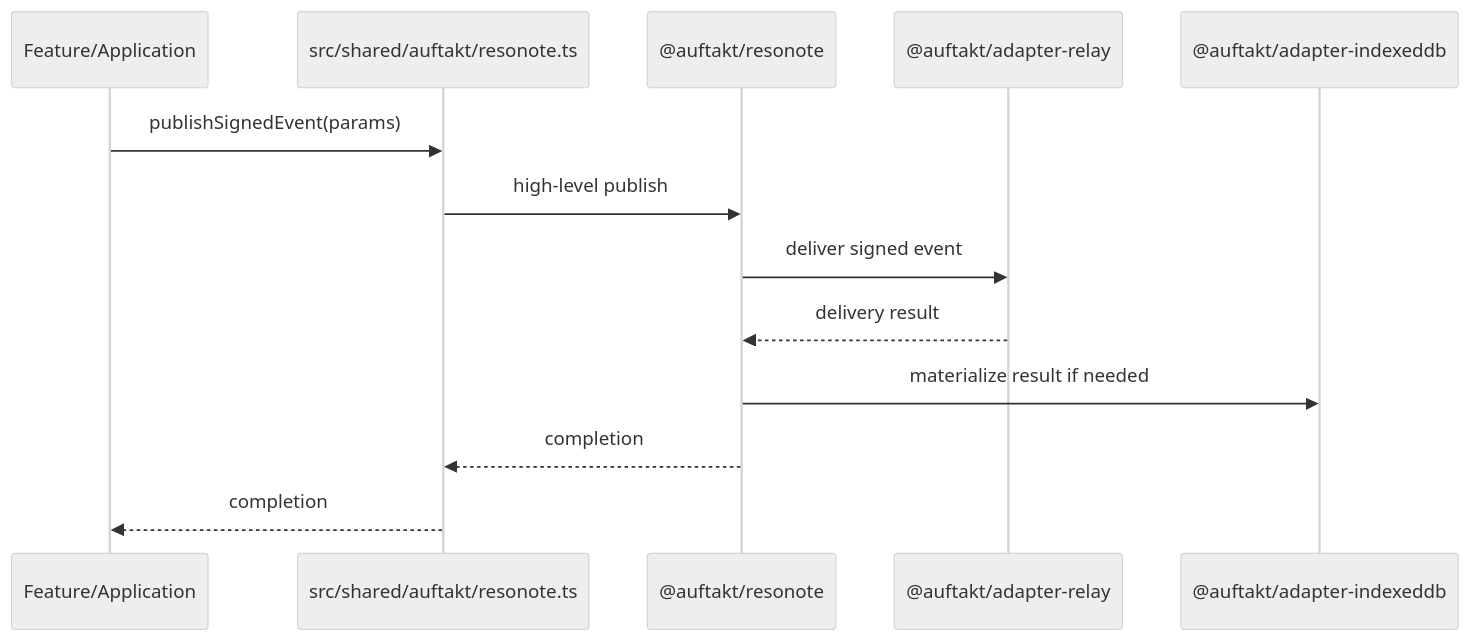
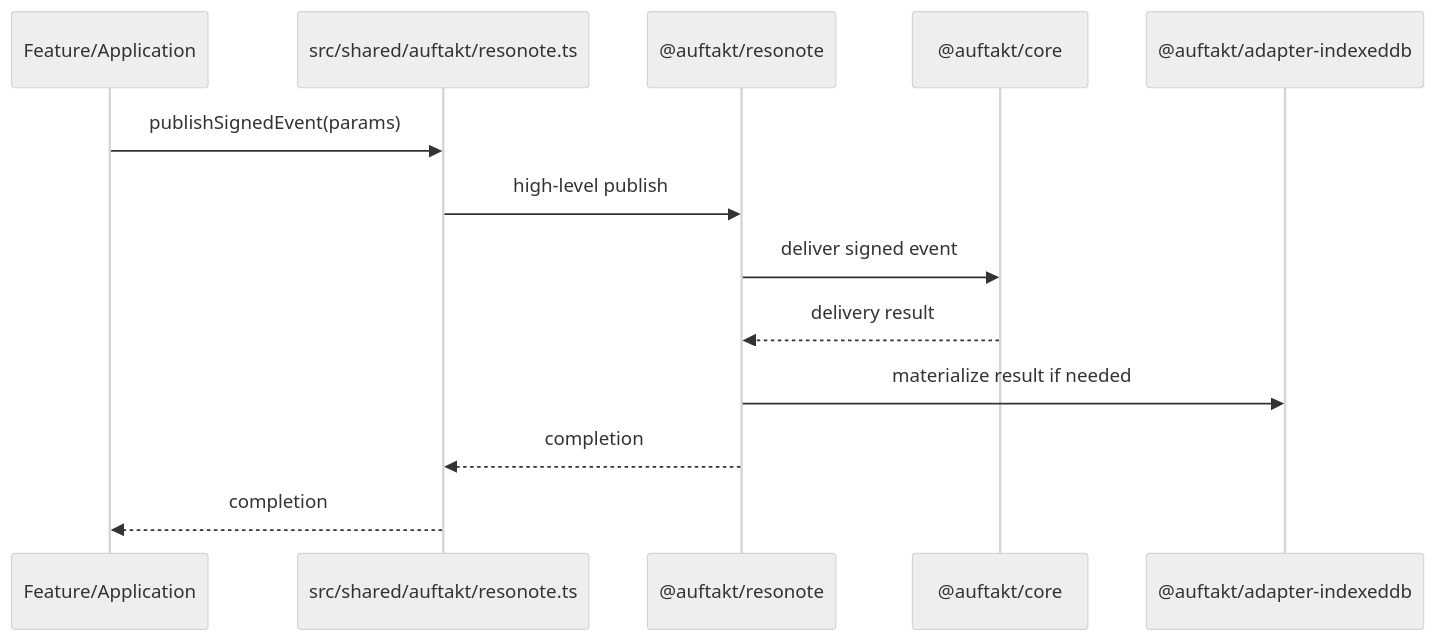
The fourth of 5 diagrams in docs/auftakt/spec.md (ikuradon/Resonote), drawn with Mermaid (neutral theme) before and after one commit. The commit also changed other lines of this file and 1 other file, not shown here.

Commit message:
docs(auftakt): document three-package architecture

````diff
--- a/docs/auftakt/spec.md
+++ b/docs/auftakt/spec.md
@@ -480,16 +446,16 @@
 ```mermaid
 sequenceDiagram
     participant Feature as Feature/Application
     participant Facade as src/shared/auftakt/resonote.ts
     participant Runtime as @auftakt/resonote
-    participant Relay as @auftakt/adapter-relay
+    participant Core as @auftakt/core
     participant Store as @auftakt/adapter-indexeddb
 
     Feature->>Facade: publishSignedEvent(params)
     Facade->>Runtime: high-level publish
-    Runtime->>Relay: deliver signed event
-    Relay-->>Runtime: delivery result
+    Runtime->>Core: deliver signed event
+    Core-->>Runtime: delivery result
     Runtime->>Store: materialize result if needed
     Runtime-->>Facade: completion
     Facade-->>Feature: completion
 ```
````
